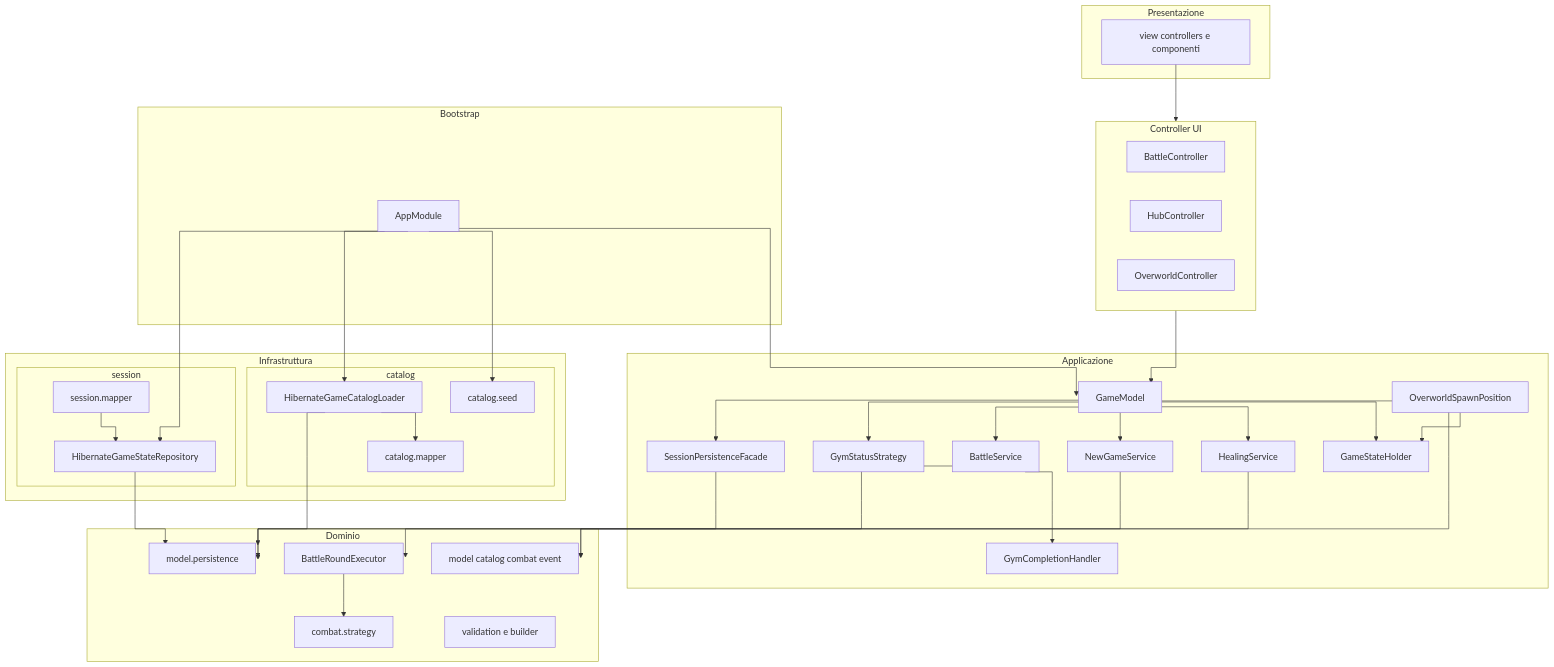
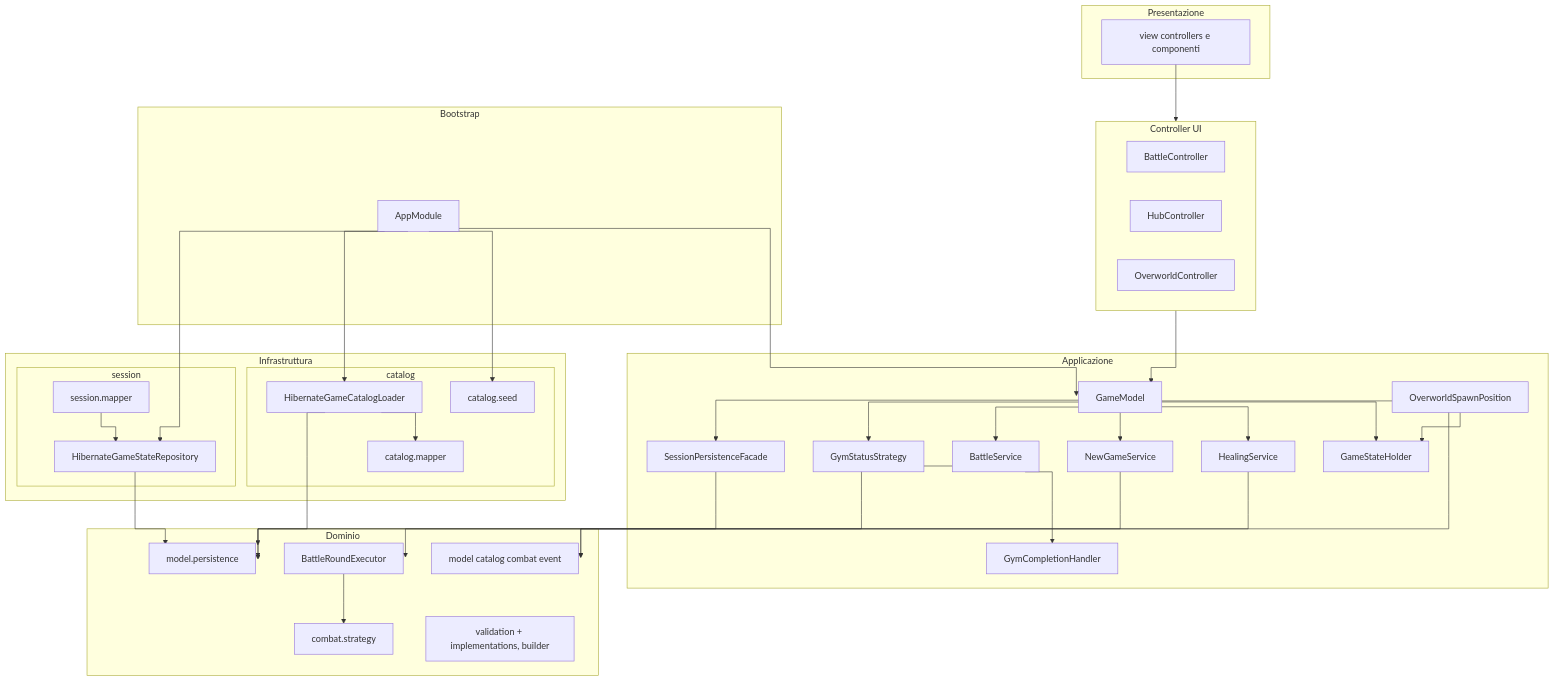
Before and after one commit to ValerioGiglio04/rpg-MPGC: the diagram in .github/wiki-pages/Responsabilita-e-architettura.md, drawn with Mermaid. The commit also changed other lines of this file and 29 other files, not shown here.

````diff
--- a/.github/wiki-pages/Responsabilita-e-architettura.md
+++ b/.github/wiki-pages/Responsabilita-e-architettura.md
@@ -37,68 +37,68 @@
 ```mermaid
 %%{init: {'flowchart': {'curve': 'stepAfter'}}}%%
 flowchart TB
   subgraph presentation [Presentazione]
     UI[view controllers e componenti]
   end
   subgraph model.service_layer [Applicazione]
     GS[GameModel]
     SPF[SessionPersistenceFacade]
     GSS[GymStatusStrategy]
     BS[BattleService]
     NG[NewGameService]
     HS[HealingService]
     GCH[GymCompletionHandler]
     GSH[GameStateHolder]
     OSP[OverworldSpawnPosition]
   end
   subgraph model_layer [Dominio]
     Models[model catalog combat event]
     BRE[BattleRoundExecutor]
     Ports[model.persistence]
     Strat[combat.strategy]
-    Valid[validation e builder]
+    Valid[validation + implementations, builder]
   end
   subgraph infrastructure [Infrastruttura]
     subgraph catalog_model.persistence [catalog]
       HCat[HibernateGameCatalogLoader]
       CEM[catalog.mapper]
       Seed[catalog.seed]
     end
     subgraph session_model.persistence [session]
       JRepo[HibernateGameStateRepository]
       Mapper[session.mapper]
     end
   end
   subgraph bootstrap [Bootstrap]
     AM[AppModule]
   end
   subgraph controllers [Controller UI]
     BP[BattleController]
     HP[HubController]
     OP[OverworldController]
   end
   UI --> controllers
   controllers --> GS
   GS --> SPF
   GS --> GSS
   GS --> BS
   GS --> NG
   GS --> HS
   GS --> GSH
   GS --> Ports
   SPF --> Ports
   BS --> BRE
   BRE --> Strat
   BS --> GCH
   NG --> Models
   HS --> Models
   OSP --> GSH
   JRepo --> Ports
   HCat --> Ports
   HCat --> CEM
   Mapper --> JRepo
   AM --> JRepo
   AM --> HCat
   AM --> Seed
   AM --> GS
 ```
````
